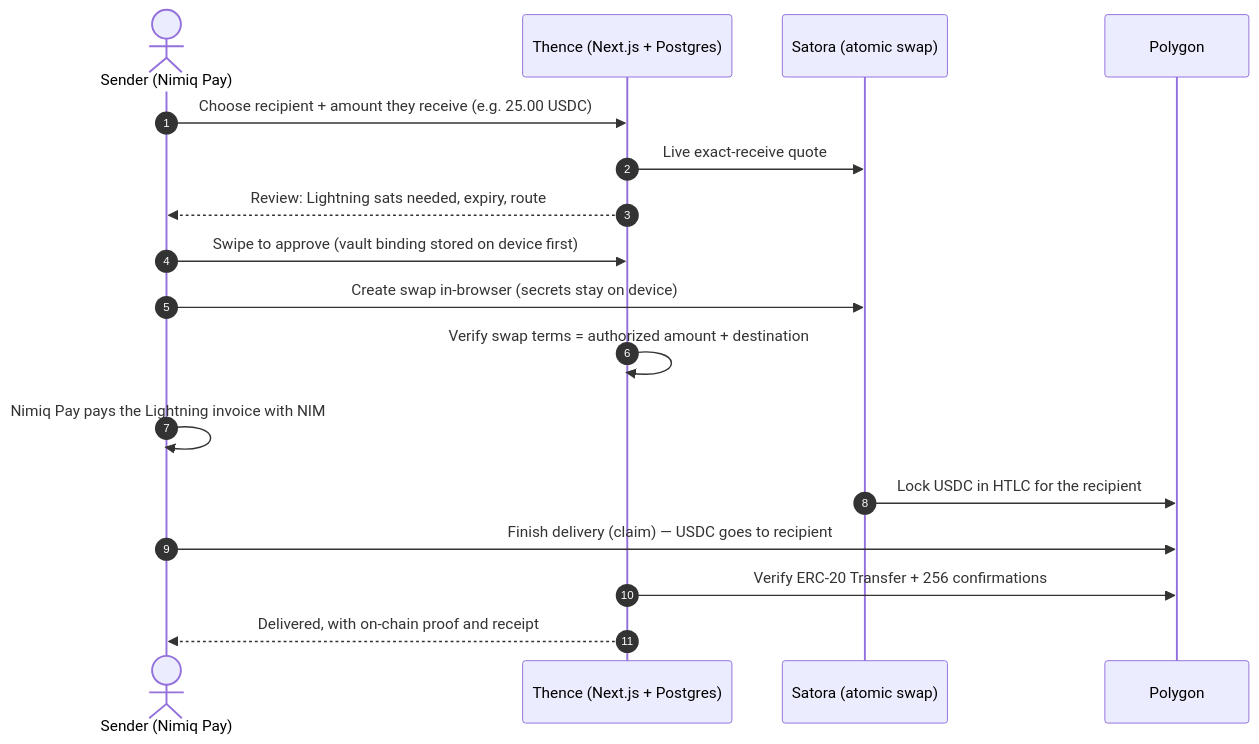
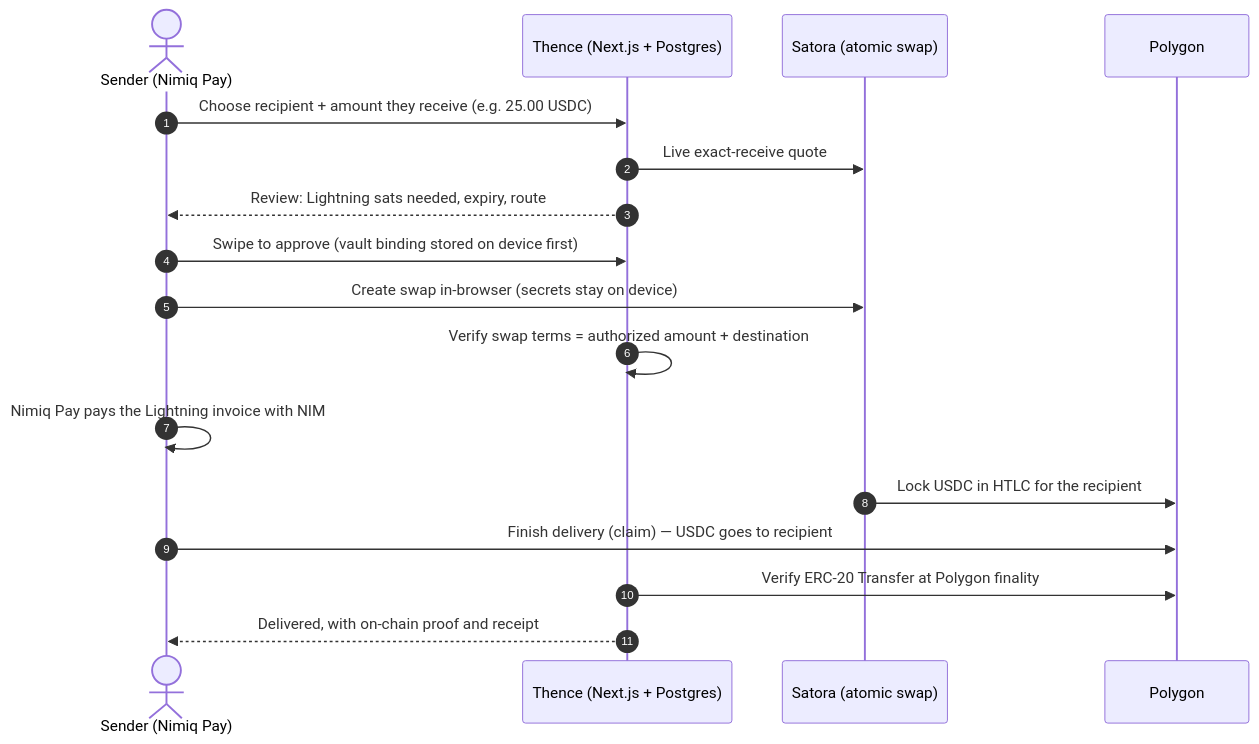
One commit to kaelah971/thence changed the diagram in README.md. Above: the diagram before and after it, drawn with Mermaid. The commit also changed other lines of this file and 5 other files, not shown here.

First line of the commit message:
Docs: submission pack reflects live public payments and Polygon finality

````diff
--- a/README.md
+++ b/README.md
@@ -40,19 +41,19 @@
 ```mermaid
 sequenceDiagram
   autonumber
   actor S as Sender (Nimiq Pay)
   participant T as Thence (Next.js + Postgres)
   participant SA as Satora (atomic swap)
   participant P as Polygon
   S->>T: Choose recipient + amount they receive (e.g. 25.00 USDC)
   T->>SA: Live exact-receive quote
   T-->>S: Review: Lightning sats needed, expiry, route
   S->>T: Swipe to approve (vault binding stored on device first)
   S->>SA: Create swap in-browser (secrets stay on device)
   T->>T: Verify swap terms = authorized amount + destination
   S->>S: Nimiq Pay pays the Lightning invoice with NIM
   SA->>P: Lock USDC in HTLC for the recipient
   S->>P: Finish delivery (claim) — USDC goes to recipient
-  T->>P: Verify ERC-20 Transfer + 256 confirmations
+  T->>P: Verify ERC-20 Transfer at Polygon finality
   T-->>S: Delivered, with on-chain proof and receipt
 ```
````
